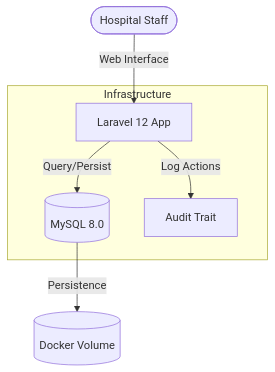
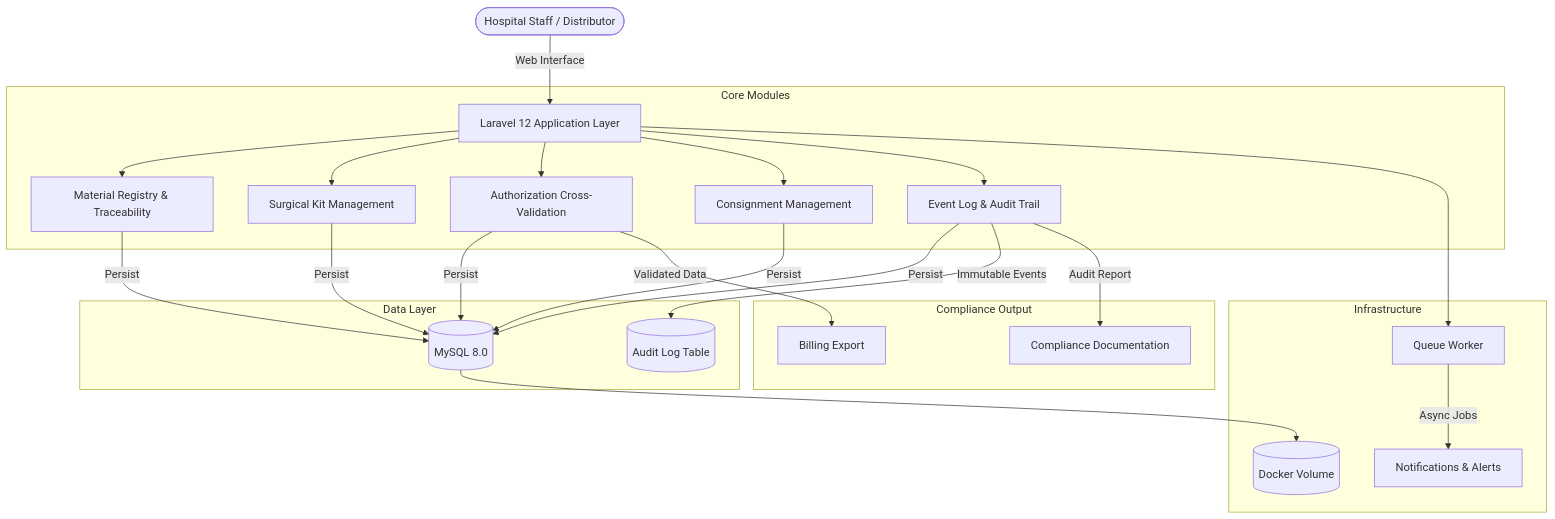
The diagram in README.md (Gabrielz11/OrtoTraceability), drawn with Mermaid before and after one commit. The commit also changed other lines of this file, not shown here.

````diff
--- a/README.md
+++ b/README.md
@@ -58,9 +55,28 @@
 ```mermaid
 graph TD
-    User([Hospital Staff]) -->|Web Interface| App[Laravel 12 App]
+    A([Hospital Staff / Distributor]) -->|Web Interface| B[Laravel 12 Application Layer]
+
+    subgraph Core Modules
+        B --> C[Material Registry & Traceability]
+        B --> D[Surgical Kit Management]
+        B --> E[Authorization Cross-Validation]
+        B --> F[Consignment Management]
+        B --> G[Event Log & Audit Trail]
+    end
+
+    subgraph Data Layer
+        C & D & E & F & G -->|Persist| H[(MySQL 8.0)]
+        G -->|Immutable Events| I[(Audit Log Table)]
+    end
+
     subgraph Infrastructure
-        App -->|Query/Persist| DB[(MySQL 8.0)]
-        App -->|Log Actions| Audit[Audit Trait]
+        H --> J[(Docker Volume)]
+        B --> K[Queue Worker]
+        K -->|Async Jobs| L[Notifications & Alerts]
     end
-    DB -->|Persistence| Volume[(Docker Volume)]
+
+    subgraph Compliance Output
+        E -->|Validated Data| M[Billing Export]
+        G -->|Audit Report| N[Compliance Documentation]
+    end
 ```
````
